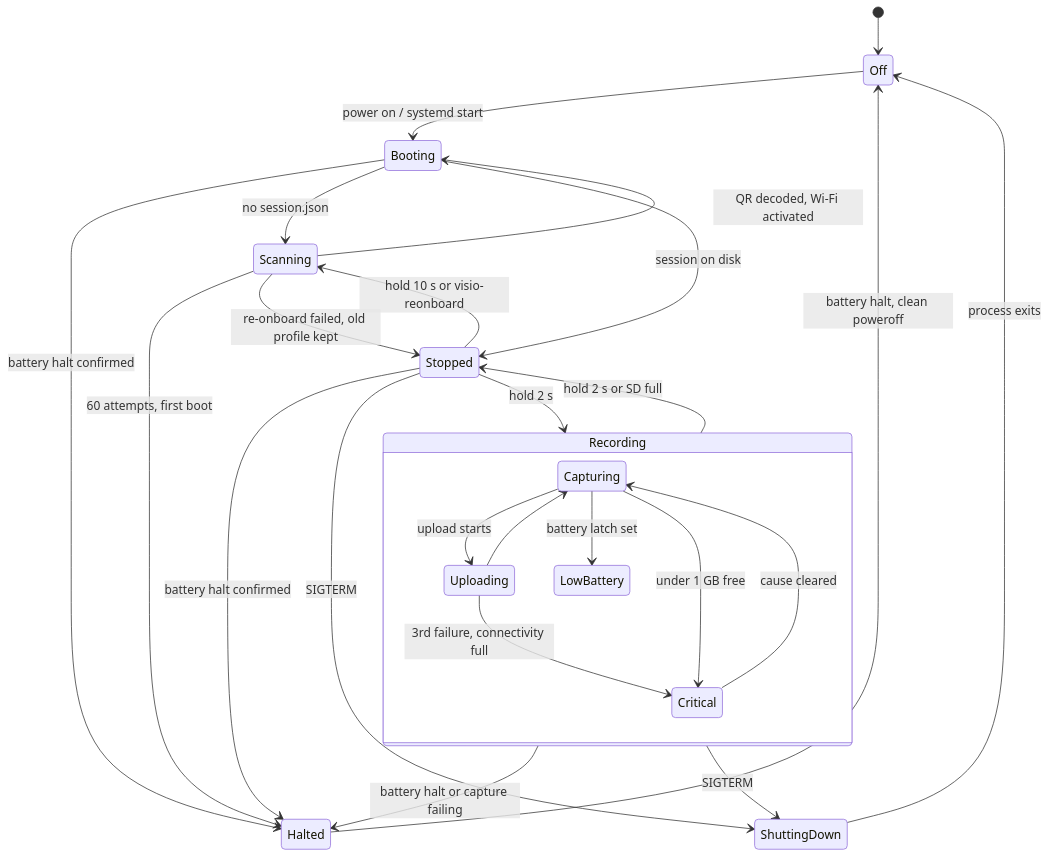
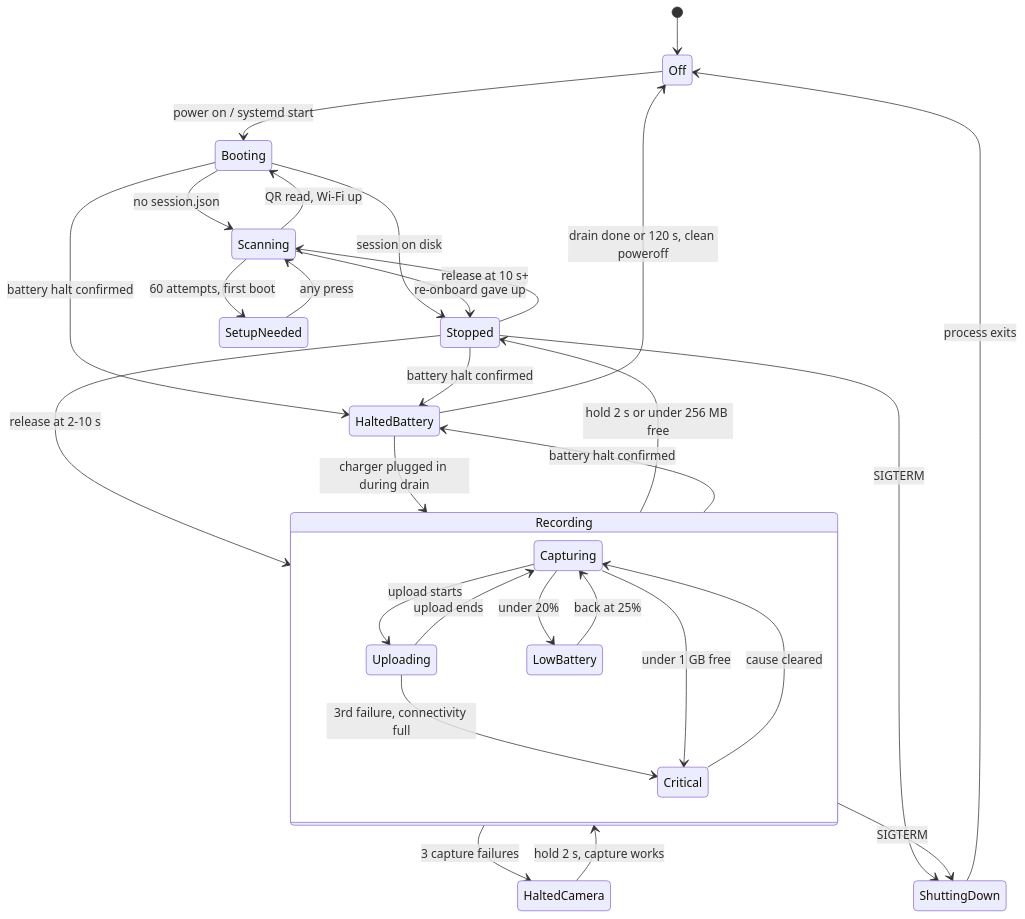
The diagram in docs/superpowers/specs/2026-07-04-visio-pendant-design.md (vietwillnguyen/vision), drawn with Mermaid before and after one commit. The commit also changed other lines of this file and 2 other files, not shown here.

````diff
--- a/docs/superpowers/specs/2026-07-04-visio-pendant-design.md
+++ b/docs/superpowers/specs/2026-07-04-visio-pendant-design.md
@@ -316,28 +330,33 @@
 ```mermaid
 stateDiagram-v2
     [*] --> Off
     Off --> Booting: power on / systemd start
-    Booting --> Halted: battery halt confirmed
     Booting --> Scanning: no session.json
     Booting --> Stopped: session on disk
-    Scanning --> Booting: QR decoded, Wi-Fi activated
-    Scanning --> Halted: 60 attempts, first boot
-    Scanning --> Stopped: re-onboard failed, old profile kept
-    Stopped --> Recording: hold 2 s
-    Stopped --> Scanning: hold 10 s or visio-reonboard
+    Booting --> HaltedBattery: battery halt confirmed
+    Scanning --> Booting: QR read, Wi-Fi up
+    Scanning --> SetupNeeded: 60 attempts, first boot
+    Scanning --> Stopped: re-onboard gave up
+    SetupNeeded --> Scanning: any press
+    Stopped --> Recording: release at 2-10 s
+    Stopped --> Scanning: release at 10 s+
     state Recording {
         Capturing --> Uploading: upload starts
-        Uploading --> Capturing
-        Capturing --> LowBattery: battery latch set
+        Uploading --> Capturing: upload ends
+        Capturing --> LowBattery: under 20%
+        LowBattery --> Capturing: back at 25%
         Uploading --> Critical: 3rd failure, connectivity full
         Capturing --> Critical: under 1 GB free
         Critical --> Capturing: cause cleared
     }
-    Recording --> Stopped: hold 2 s or SD full
-    Recording --> Halted: battery halt or capture failing
-    Stopped --> Halted: battery halt confirmed
+    Recording --> Stopped: hold 2 s or under 256 MB free
+    Recording --> HaltedCamera: 3 capture failures
+    HaltedCamera --> Recording: hold 2 s, capture works
+    Recording --> HaltedBattery: battery halt confirmed
+    Stopped --> HaltedBattery: battery halt confirmed
+    HaltedBattery --> Recording: charger plugged in during drain
+    HaltedBattery --> Off: drain done or 120 s, clean poweroff
+    Stopped --> ShuttingDown: SIGTERM
     Recording --> ShuttingDown: SIGTERM
-    Stopped --> ShuttingDown: SIGTERM
     ShuttingDown --> Off: process exits
-    Halted --> Off: battery halt, clean poweroff
 ```
````
